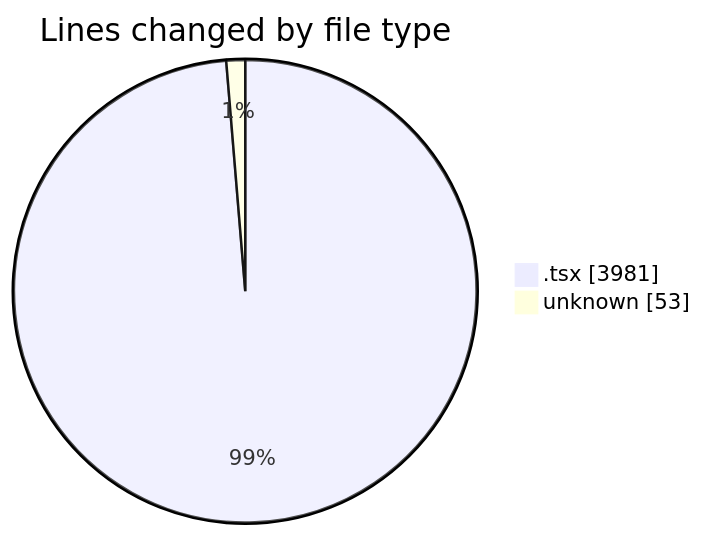
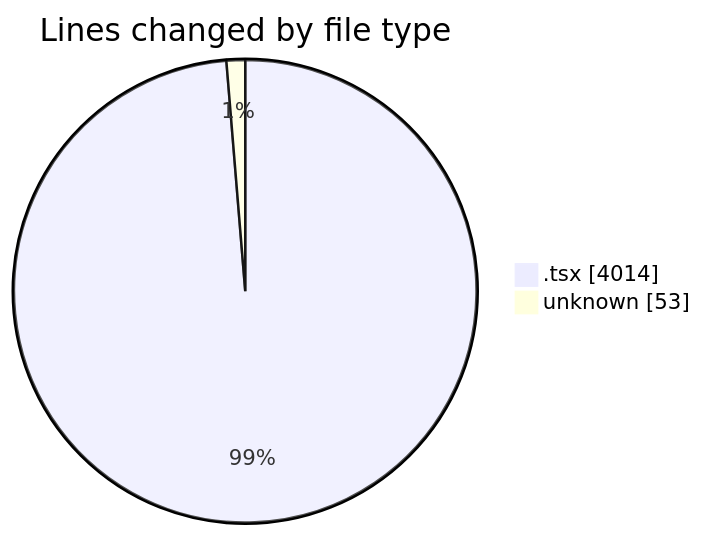
The first of 2 diagrams in 2025-05-29/kimberly-groups/README.md (JenPaints/code-tracking), drawn with Mermaid before and after one commit. The commit also changed other lines of this file and 1 other file, not shown here.

````diff
--- a/2025-05-29/kimberly-groups/README.md
+++ b/2025-05-29/kimberly-groups/README.md
@@ -28,6 +29,6 @@
 ```mermaid
 pie showData
 title Lines changed by file type
-".tsx" : 3981
+".tsx" : 4014
 "unknown" : 53
 ```
````
